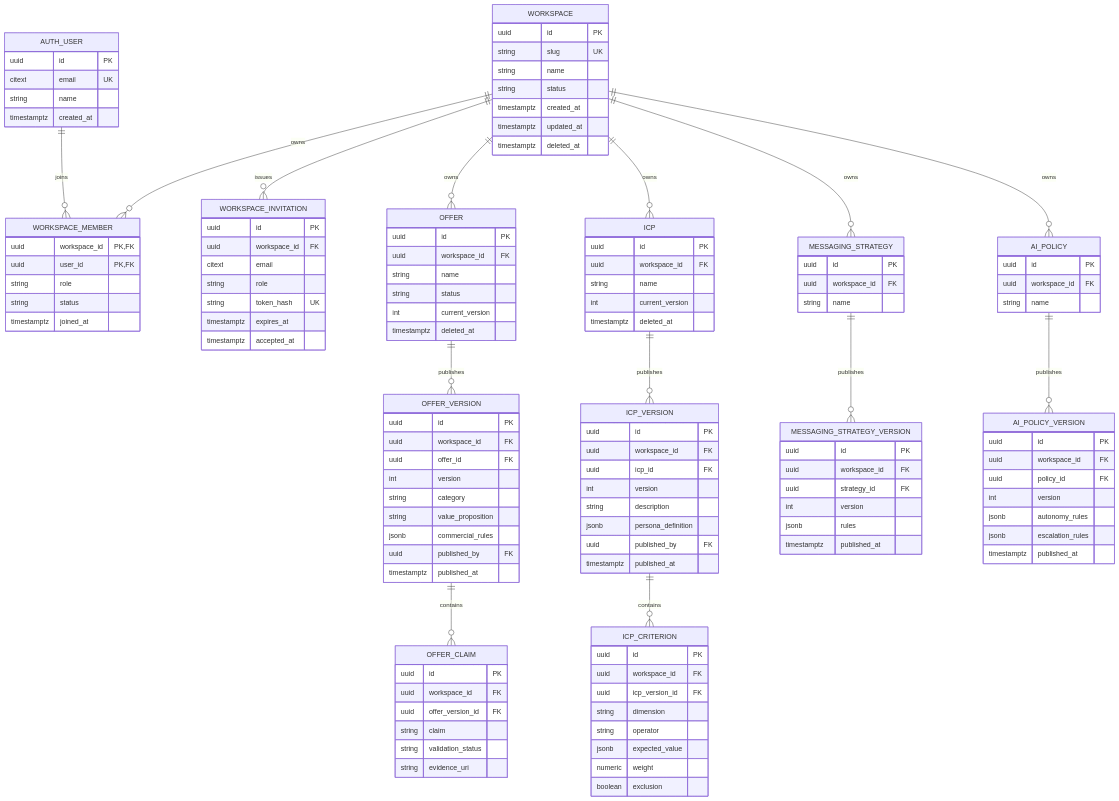
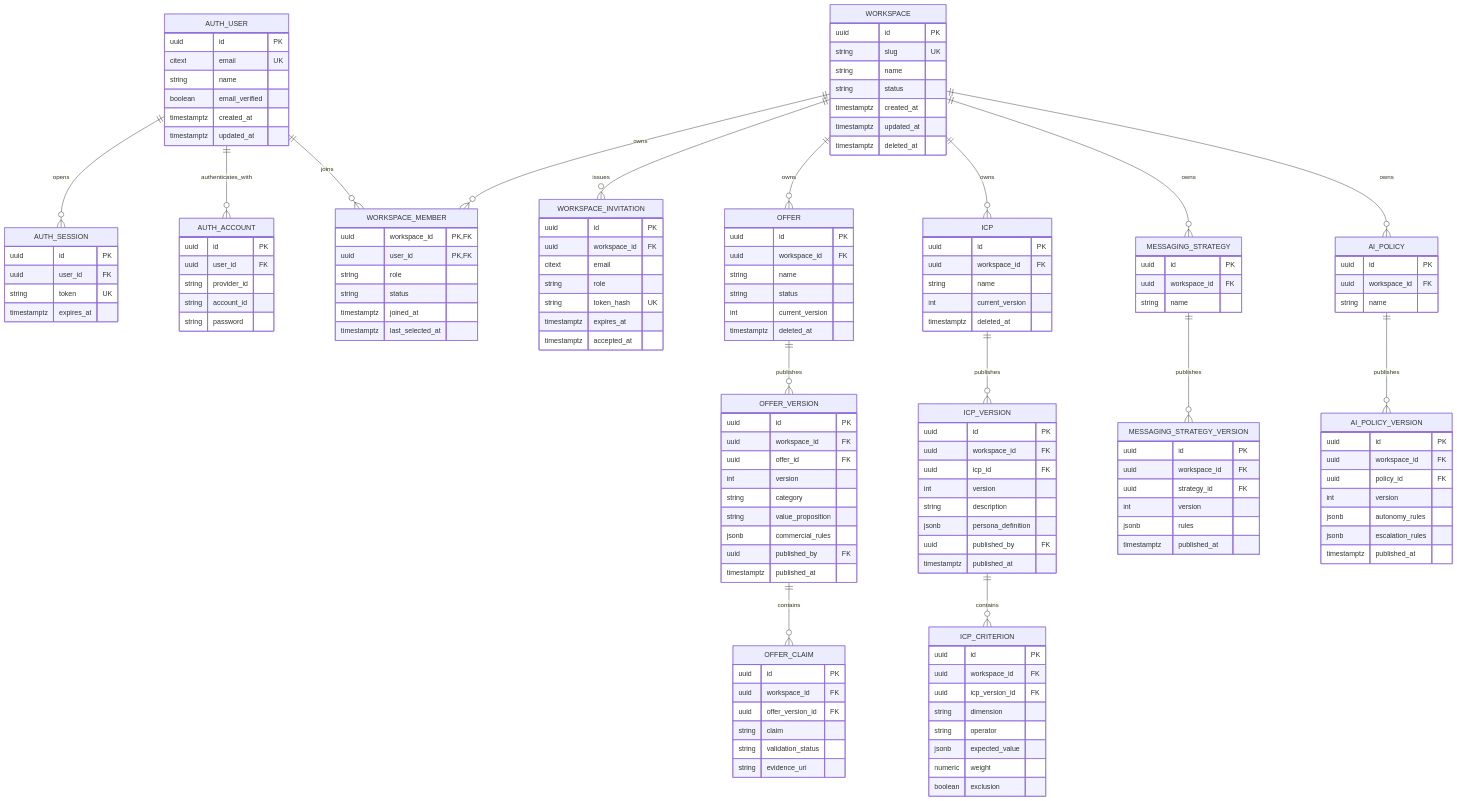
Before and after one commit to IgnitionAI/noosphere: the first of 4 diagrams in docs/architecture/DATA_MODEL.md, drawn with Mermaid. The commit also changed other lines of this file and 23 other files, not shown here.

````diff
--- a/docs/architecture/DATA_MODEL.md
+++ b/docs/architecture/DATA_MODEL.md
@@ -19,5 +19,7 @@
 ```mermaid
 erDiagram
+    AUTH_USER ||--o{ AUTH_SESSION : opens
+    AUTH_USER ||--o{ AUTH_ACCOUNT : authenticates_with
     AUTH_USER ||--o{ WORKSPACE_MEMBER : joins
     WORKSPACE ||--o{ WORKSPACE_MEMBER : owns
     WORKSPACE ||--o{ WORKSPACE_INVITATION : issues
@@ -36,7 +38,22 @@
         uuid id PK
         citext email UK
         string name
+        boolean email_verified
         timestamptz created_at
+        timestamptz updated_at
+    }
+    AUTH_SESSION {
+        uuid id PK
+        uuid user_id FK
+        string token UK
+        timestamptz expires_at
+    }
+    AUTH_ACCOUNT {
+        uuid id PK
+        uuid user_id FK
+        string provider_id
+        string account_id
+        string password
     }
     WORKSPACE {
         uuid id PK
@@ -53,6 +70,7 @@
         string role
         string status
         timestamptz joined_at
+        timestamptz last_selected_at
     }
     WORKSPACE_INVITATION {
         uuid id PK
````
